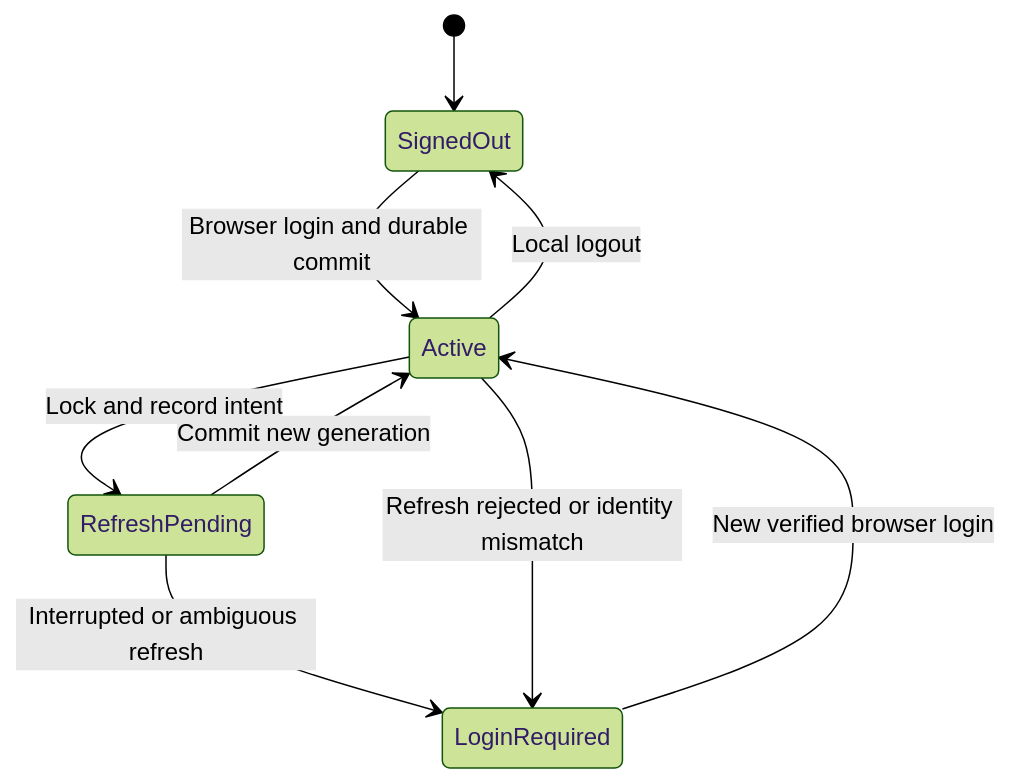
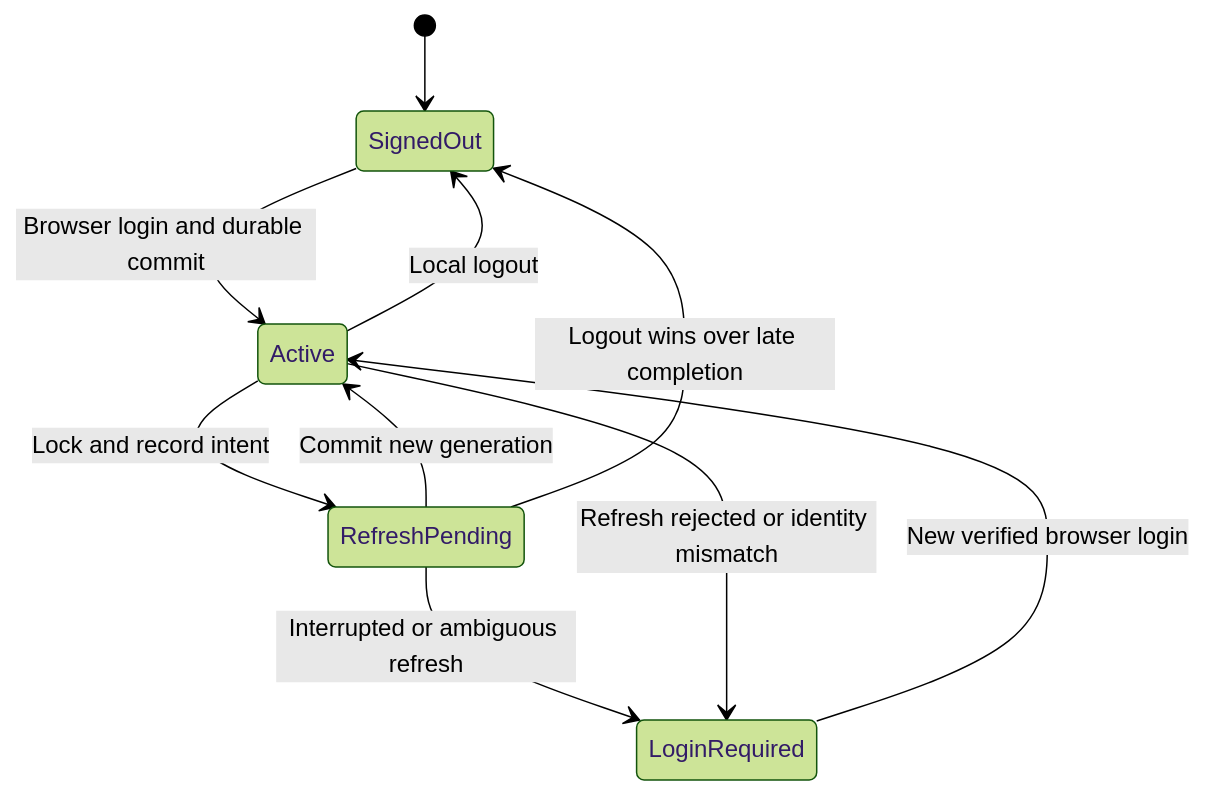
Before and after one commit to cdot65/prisma-airs-reference-architecture: the second of 2 diagrams in docs/lifecycle.md, drawn with Mermaid (forest theme). The commit also changed other lines of this file and 1 other file, not shown here.

Commit message:
docs: show durable intent in native credential lifecycle

````diff
--- a/docs/lifecycle.md
+++ b/docs/lifecycle.md
@@ -41,13 +42,14 @@
 ```mermaid
 stateDiagram-v2
-    accTitle: Inference credential lifecycle states
+    accTitle: Candidate human credential lifecycle states
     accDescr: A verified login activates credentials. Refresh enters a durable pending state. A successful commit returns to active; ambiguous interruption requires login. Local logout removes the saved session.
     [*] --> SignedOut
     SignedOut --> Active: Browser login and durable commit
     Active --> RefreshPending: Lock and record intent
     RefreshPending --> Active: Commit new generation
     RefreshPending --> LoginRequired: Interrupted or ambiguous refresh
+    RefreshPending --> SignedOut: Logout wins over late completion
     Active --> LoginRequired: Refresh rejected or identity mismatch
     Active --> SignedOut: Local logout
     LoginRequired --> Active: New verified browser login
 ```
````
